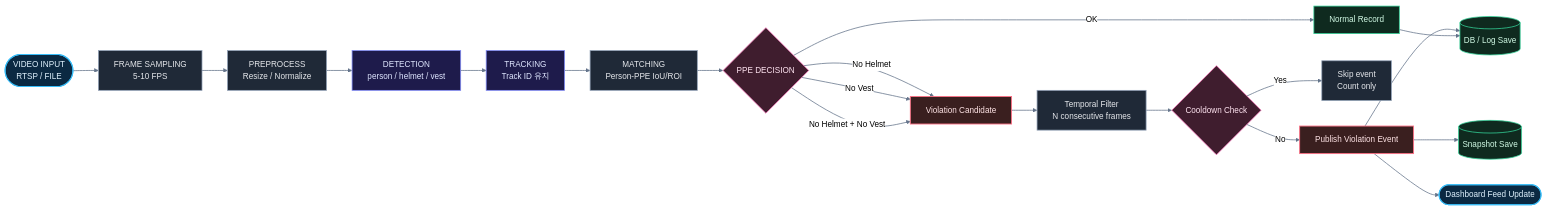
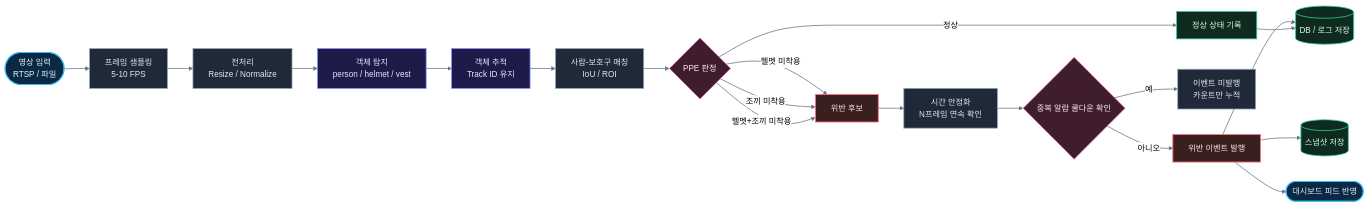
One commit to zeroziba9-hash/PPE-Monitoring-Dashboard changed the diagram in MERMAID_FLOW.md. Above: the diagram before and after it, drawn with Mermaid (neutral theme). The commit also changed other lines of this file and 1 other file, not shown here.

Commit message:
docs: translate mermaid pipeline diagram labels to korean

````diff
--- a/MERMAID_FLOW.md
+++ b/MERMAID_FLOW.md
@@ -3,38 +3,38 @@
 ```mermaid
 flowchart LR
   %% =====================
-  %%  PPE Pipeline (Styled)
+  %%  PPE 파이프라인 (한글)
   %% =====================
 
   classDef io fill:#0b2942,stroke:#38bdf8,color:#e0f2fe,stroke-width:2px;
   classDef prep fill:#1f2937,stroke:#94a3b8,color:#e5e7eb,stroke-width:1.5px;
   classDef ai fill:#1e1b4b,stroke:#818cf8,color:#e0e7ff,stroke-width:1.5px;
   classDef rule fill:#3f1d2e,stroke:#f472b6,color:#ffe4f1,stroke-width:1.5px;
   classDef alert fill:#3a1f1f,stroke:#fb7185,color:#ffe4e6,stroke-width:1.8px;
   classDef save fill:#0f2a1f,stroke:#34d399,color:#d1fae5,stroke-width:1.5px;
 
-  A([VIDEO INPUT\nRTSP / FILE]):::io --> B[FRAME SAMPLING\n5-10 FPS]:::prep
-  B --> C[PREPROCESS\nResize / Normalize]:::prep
-  C --> D[DETECTION\nperson / helmet / vest]:::ai
-  D --> E[TRACKING\nTrack ID 유지]:::ai
-  E --> F[MATCHING\nPerson-PPE IoU/ROI]:::prep
-  F --> G{PPE DECISION}:::rule
+  A([영상 입력\nRTSP / 파일]):::io --> B[프레임 샘플링\n5-10 FPS]:::prep
+  B --> C[전처리\nResize / Normalize]:::prep
+  C --> D[객체 탐지\nperson / helmet / vest]:::ai
+  D --> E[객체 추적\nTrack ID 유지]:::ai
+  E --> F[사람-보호구 매칭\nIoU / ROI]:::prep
+  F --> G{PPE 판정}:::rule
 
-  G -->|OK| H1[Normal Record]:::save
-  G -->|No Helmet| H2[Violation Candidate]:::alert
-  G -->|No Vest| H2
-  G -->|No Helmet + No Vest| H2
+  G -->|정상| H1[정상 상태 기록]:::save
+  G -->|헬멧 미착용| H2[위반 후보]:::alert
+  G -->|조끼 미착용| H2
+  G -->|헬멧+조끼 미착용| H2
 
-  H2 --> I[Temporal Filter\nN consecutive frames]:::prep
-  I --> J{Cooldown Check}:::rule
+  H2 --> I[시간 안정화\nN프레임 연속 확인]:::prep
+  I --> J{중복 알람 쿨다운 확인}:::rule
 
-  J -->|Yes| K[Skip event\nCount only]:::prep
-  J -->|No| L[Publish Violation Event]:::alert
+  J -->|예| K[이벤트 미발행\n카운트만 누적]:::prep
+  J -->|아니오| L[위반 이벤트 발행]:::alert
 
-  L --> M[(Snapshot Save)]:::save
-  L --> N[(DB / Log Save)]:::save
-  L --> O([Dashboard Feed Update]):::io
+  L --> M[(스냅샷 저장)]:::save
+  L --> N[(DB / 로그 저장)]:::save
+  L --> O([대시보드 피드 반영]):::io
   H1 --> N
 
   linkStyle default stroke:#64748b,stroke-width:1.5px;
 ```
````
